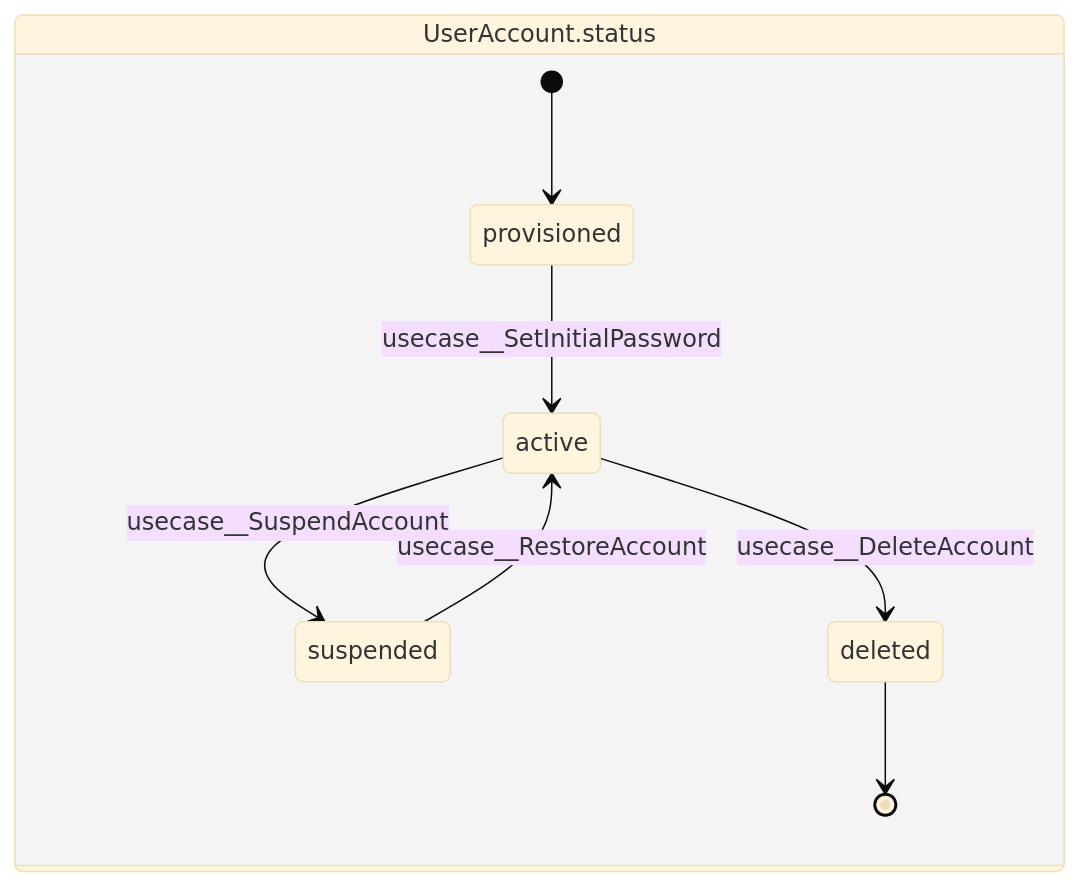
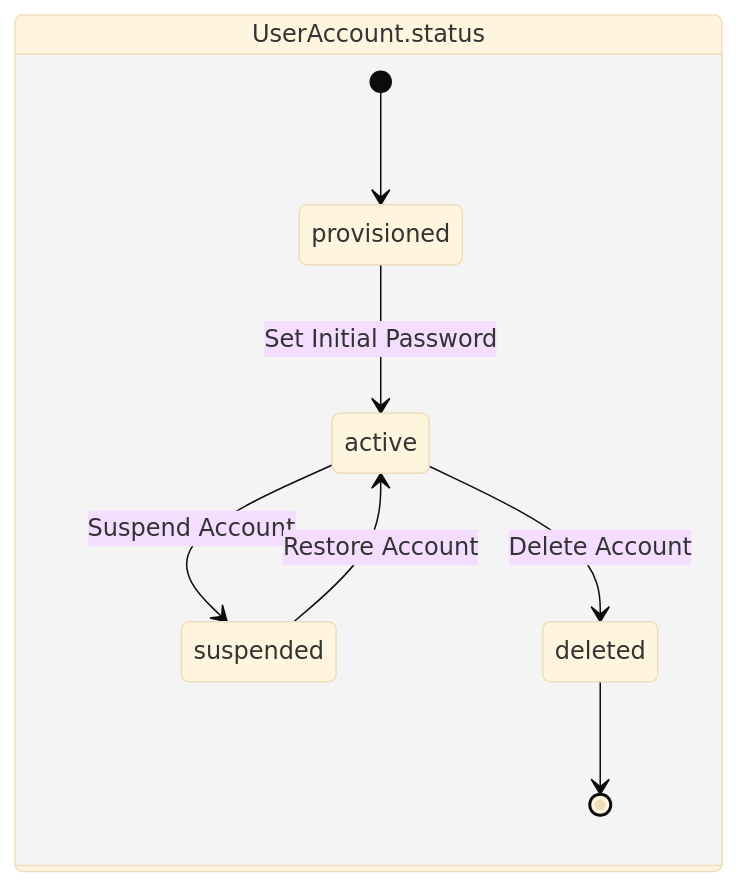
Before and after one commit to manji-0/rdra-ish-dsl: the diagram in samples/personal-info/out/state.mmd, drawn with Mermaid (base theme). The commit also changed 17 other files, not shown here.

```diff
--- a/samples/personal-info/out/state.mmd
+++ b/samples/personal-info/out/state.mmd
@@ -1,16 +1,20 @@
 %% rdra-ish diagram=state scope=whole model=samples/personal-info
 %% kinds: statemodel state usecase
 %% omitted: (none)
 stateDiagram-v2
   state "UserAccount.status" as statemodel__UserAccount_status {
     [*] --> state__UserAccount_provisioned
     state "provisioned" as state__UserAccount_provisioned
     state "active" as state__UserAccount_active
     state "suspended" as state__UserAccount_suspended
     state "deleted" as state__UserAccount_deleted
-    state__UserAccount_provisioned --> state__UserAccount_active : usecase__SetInitialPassword
-    state__UserAccount_active --> state__UserAccount_suspended : usecase__SuspendAccount
-    state__UserAccount_active --> state__UserAccount_deleted : usecase__DeleteAccount
-    state__UserAccount_suspended --> state__UserAccount_active : usecase__RestoreAccount
+    %% transition usecase__SetInitialPassword
+    state__UserAccount_provisioned --> state__UserAccount_active : Set Initial Password
+    %% transition usecase__SuspendAccount
+    state__UserAccount_active --> state__UserAccount_suspended : Suspend Account
+    %% transition usecase__DeleteAccount
+    state__UserAccount_active --> state__UserAccount_deleted : Delete Account
+    %% transition usecase__RestoreAccount
+    state__UserAccount_suspended --> state__UserAccount_active : Restore Account
     state__UserAccount_deleted --> [*]
   }
```
